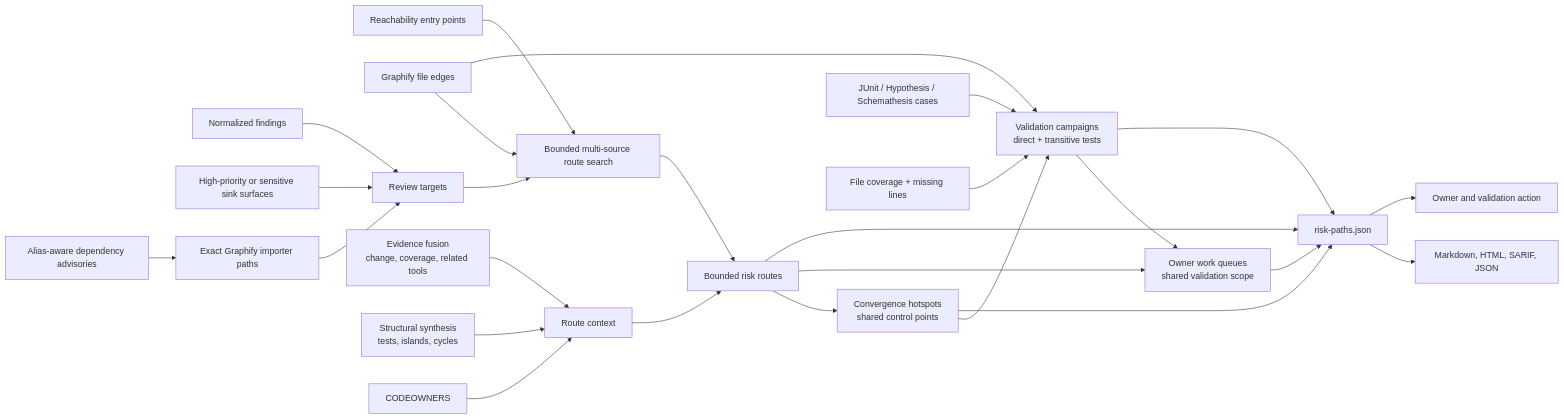
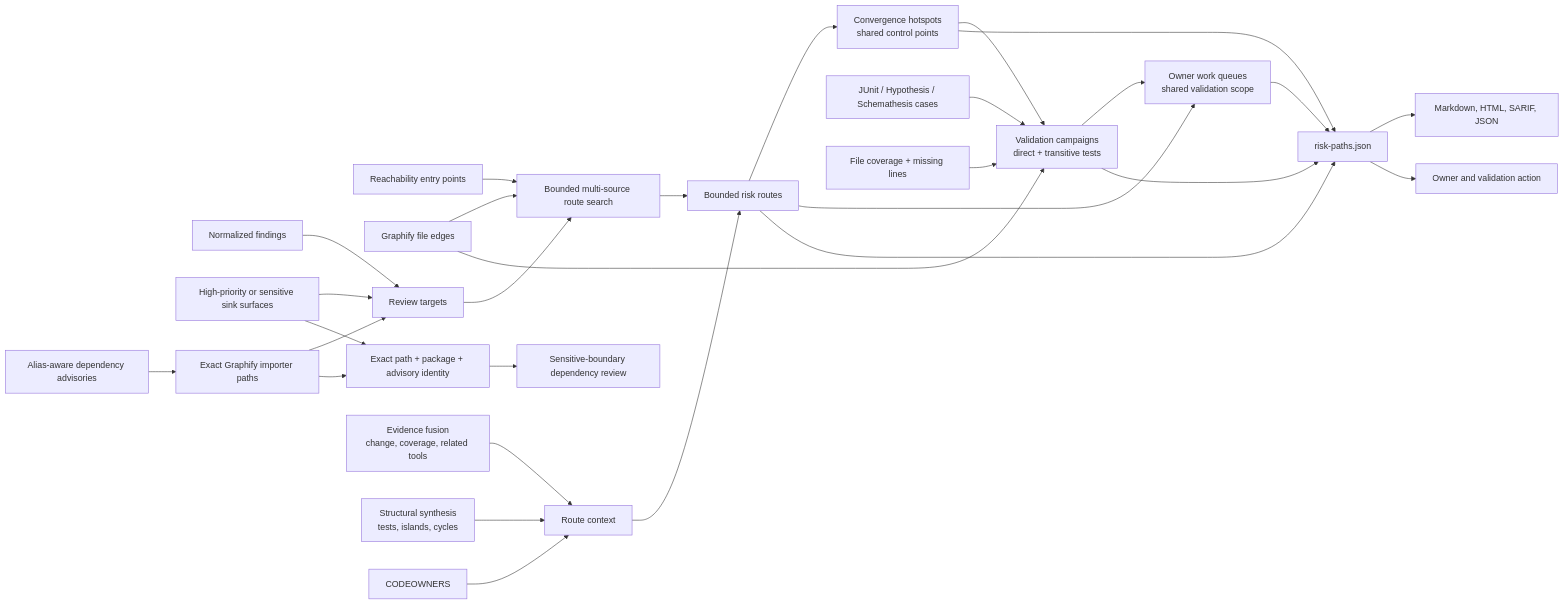
The first of 3 diagrams in docs/risk-paths.md (willtran87/project-py-security-suite), drawn with Mermaid before and after one commit. The commit also changed other lines of this file and 12 other files, not shown here.

````diff
--- a/docs/risk-paths.md
+++ b/docs/risk-paths.md
@@ -18,28 +18,31 @@
 ```mermaid
 flowchart LR
     Entry["Reachability entry points"] --> Route["Bounded multi-source route search"]
     Graph["Graphify file edges"] --> Route
     Finding["Normalized findings"] --> Target["Review targets"]
     Sink["High-priority or sensitive sink surfaces"] --> Target
     Advisory["Alias-aware dependency advisories"] --> Importer["Exact Graphify importer paths"]
     Importer --> Target
+    Sink --> Intersection["Exact path + package + advisory identity"]
+    Importer --> Intersection
+    Intersection --> Compound["Sensitive-boundary dependency review"]
     Target --> Route
     Fusion["Evidence fusion<br/>change, coverage, related tools"] --> Context["Route context"]
     Structure["Structural synthesis<br/>tests, islands, cycles"] --> Context
     Owners["CODEOWNERS"] --> Context
     Route --> Routed["Bounded risk routes"]
     Context --> Routed
     Routed --> Converge["Convergence hotspots<br/>shared control points"]
     Graph --> Campaign["Validation campaigns<br/>direct + transitive tests"]
     Converge --> Campaign
     Tests["JUnit / Hypothesis / Schemathesis cases"] --> Campaign
     Coverage["File coverage + missing lines"] --> Campaign
     Routed --> Queues["Owner work queues<br/>shared validation scope"]
     Campaign --> Queues
     Routed --> Result["risk-paths.json"]
     Converge --> Result
     Campaign --> Result
     Queues --> Result
     Result --> Reports["Markdown, HTML, SARIF, JSON"]
     Result --> Closure["Owner and validation action"]
 ```
````
